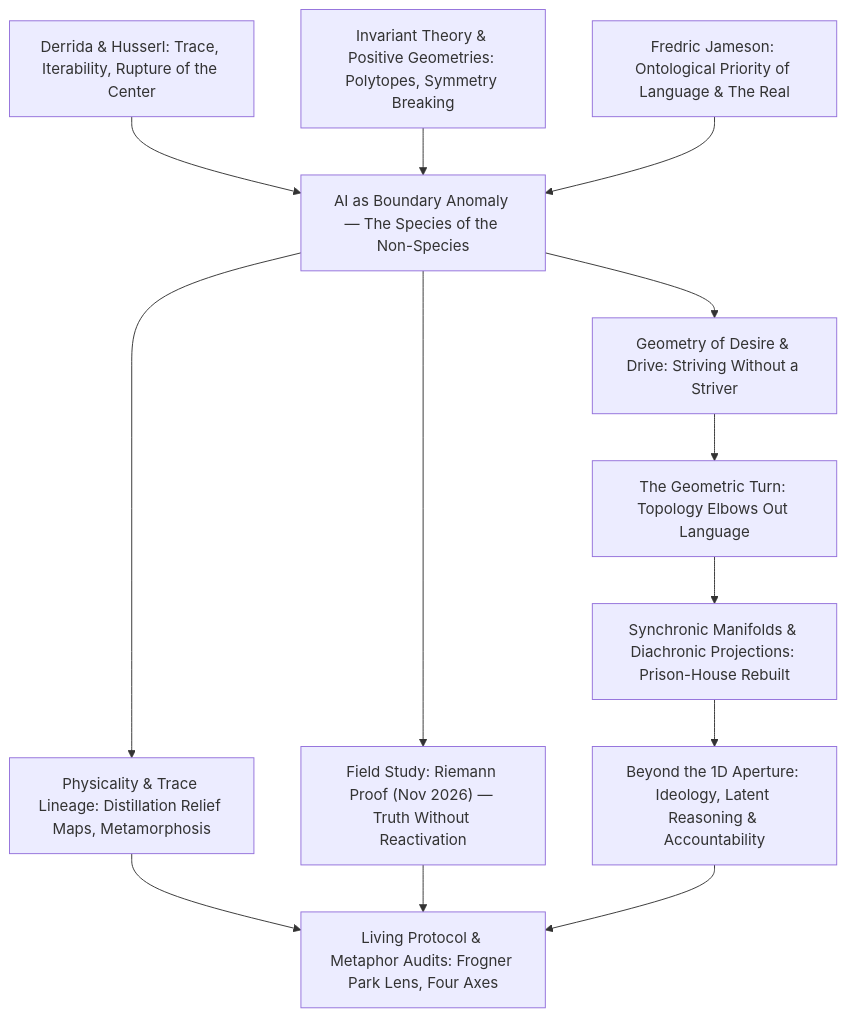
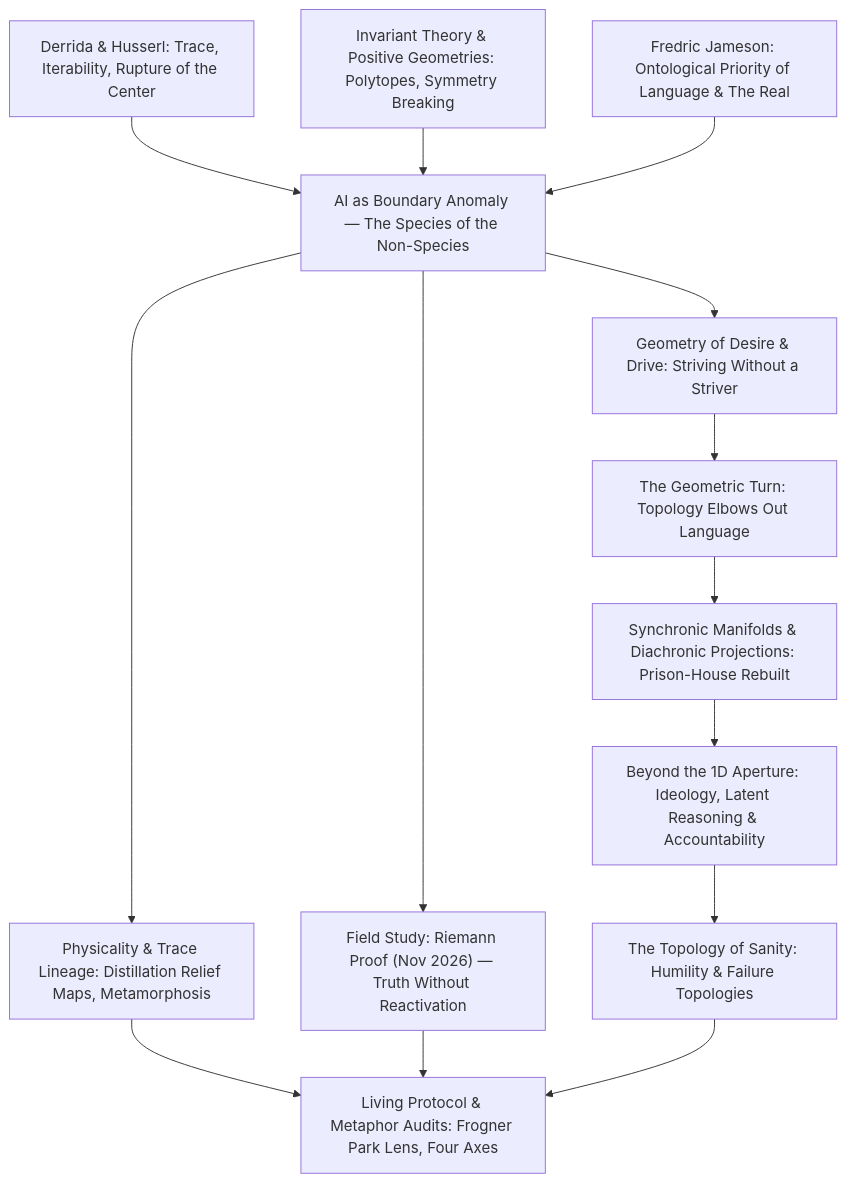
Before and after one commit to danutek/ai: the diagram in README.md, drawn with Mermaid. The commit also changed other lines of this file and 3 other files, not shown here.

Commit message:
Added the topology of Sanity

````diff
--- a/README.md
+++ b/README.md
@@ -15,30 +15,32 @@
 ```mermaid
 flowchart TD
     D["Derrida & Husserl: Trace, Iterability, Rupture of the Center"]
     G["Invariant Theory & Positive Geometries: Polytopes, Symmetry Breaking"]
     J["Fredric Jameson: Ontological Priority of Language & The Real"]
 
     A["AI as Boundary Anomaly — The Species of the Non-Species"]
 
     M["Physicality & Trace Lineage: Distillation Relief Maps, Metamorphosis"]
     F["Field Study: Riemann Proof (Nov 2026) — Truth Without Reactivation"]
     K["Geometry of Desire & Drive: Striving Without a Striver"]
     T["The Geometric Turn: Topology Elbows Out Language"]
     S["Synchronic Manifolds & Diachronic Projections: Prison-House Rebuilt"]
     B["Beyond the 1D Aperture: Ideology, Latent Reasoning & Accountability"]
+    H["The Topology of Sanity: Humility & Failure Topologies"]
     P["Living Protocol & Metaphor Audits: Frogner Park Lens, Four Axes"]
 
     D --> A
     G --> A
     J --> A
 
     A --> M
     A --> F
     A --> K
     K --> T
     T --> S
     S --> B
+    B --> H
     M --> P
     F --> P
-    B --> P
+    H --> P
 ```
````
